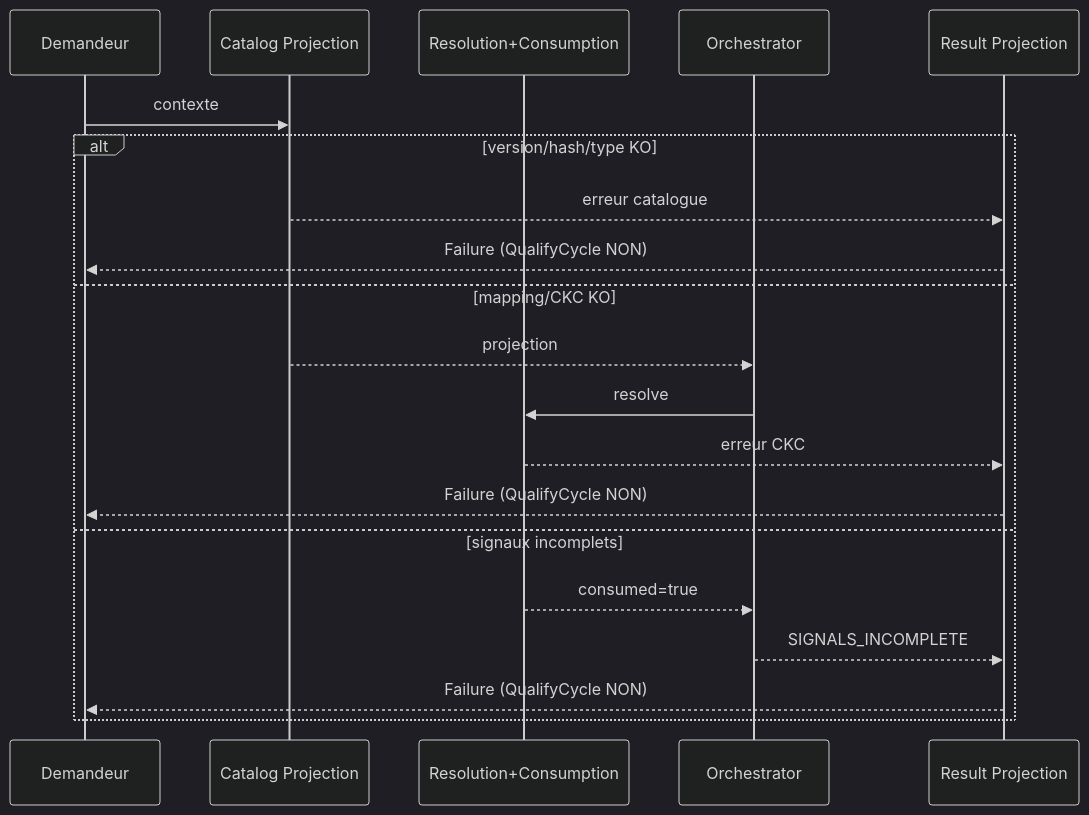
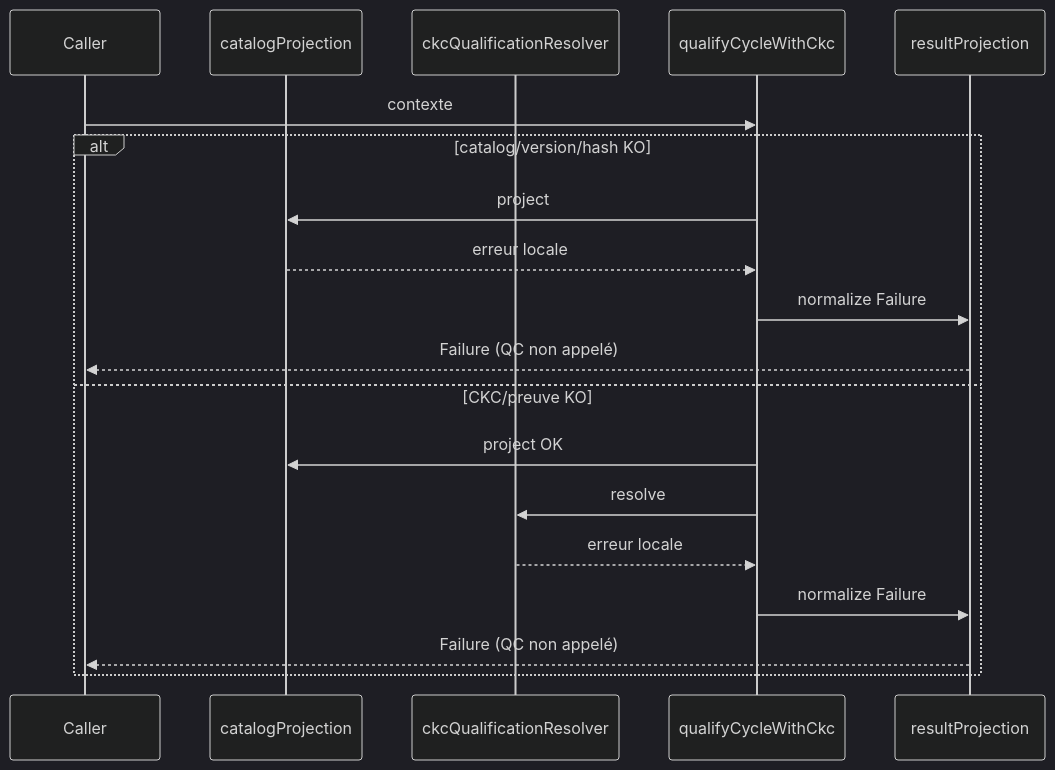
One commit to mcleland147/sfia-workspace changed the fifth of 8 diagrams in sfia-review-handoff/latest-chatgpt-review.md. Above: the diagram before and after it, drawn with Mermaid (dark theme). The commit also changed other lines of this file, not shown here.

Commit message:
docs(review-handoff): publish SFIA Studio V3.1-D2 technical architecture report

````diff
--- a/sfia-review-handoff/latest-chatgpt-review.md
+++ b/sfia-review-handoff/latest-chatgpt-review.md
@@ -288,22 +240,21 @@
 ```mermaid
 sequenceDiagram
-  participant A as Demandeur
-  participant CP as Catalog Projection
-  participant RC as Resolution+Consumption
-  participant QO as Orchestrator
-  participant RP as Result Projection
-  A->>CP: contexte
-  alt version/hash/type KO
-    CP-->>RP: erreur catalogue
-    RP-->>A: Failure (QualifyCycle NON)
-  else mapping/CKC KO
-    CP-->>QO: projection
-    QO->>RC: resolve
-    RC-->>RP: erreur CKC
-    RP-->>A: Failure (QualifyCycle NON)
-  else signaux incomplets
-    RC-->>QO: consumed=true
-    QO-->>RP: SIGNALS_INCOMPLETE
-    RP-->>A: Failure (QualifyCycle NON)
+  participant Caller
+  participant CP as catalogProjection
+  participant RES as ckcQualificationResolver
+  participant OR as qualifyCycleWithCkc
+  participant RP as resultProjection
+  Caller->>OR: contexte
+  alt catalog/version/hash KO
+    OR->>CP: project
+    CP-->>OR: erreur locale
+    OR->>RP: normalize Failure
+    RP-->>Caller: Failure (QC non appelé)
+  else CKC/preuve KO
+    OR->>CP: project OK
+    OR->>RES: resolve
+    RES-->>OR: erreur locale
+    OR->>RP: normalize Failure
+    RP-->>Caller: Failure (QC non appelé)
   end
 ```
````
